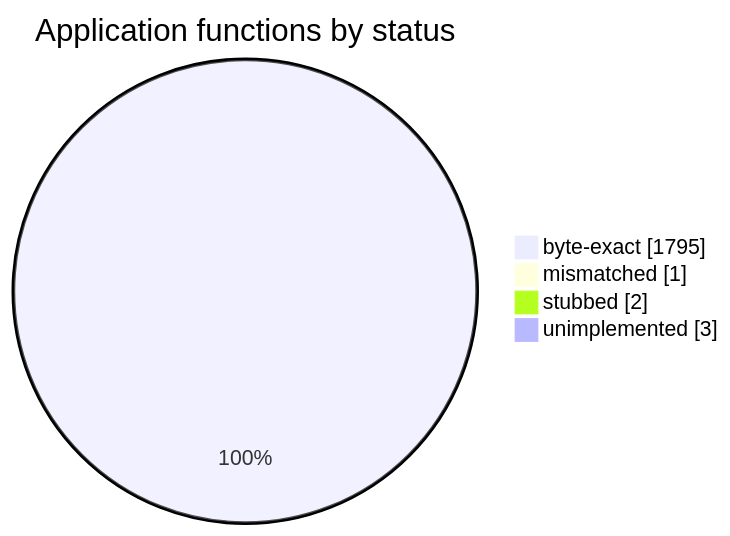
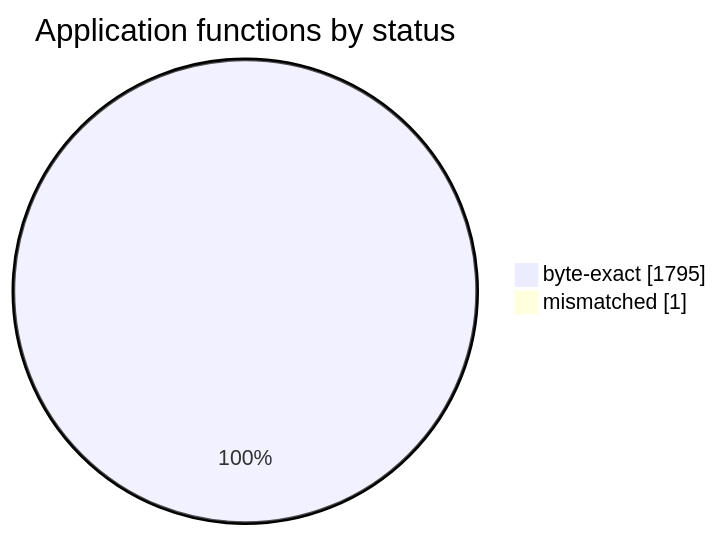
One commit to sorokya/eos changed the diagram in README.md. Above: the diagram before and after it, drawn with Mermaid. The commit also changed other lines of this file and 3 other files, not shown here.

````diff
--- a/README.md
+++ b/README.md
@@ -154,8 +154,6 @@
 ```mermaid
 pie showData
     title Application functions by status
     "byte-exact" : 1795
     "mismatched" : 1
-    "stubbed" : 2
-    "unimplemented" : 3
 ```
````
